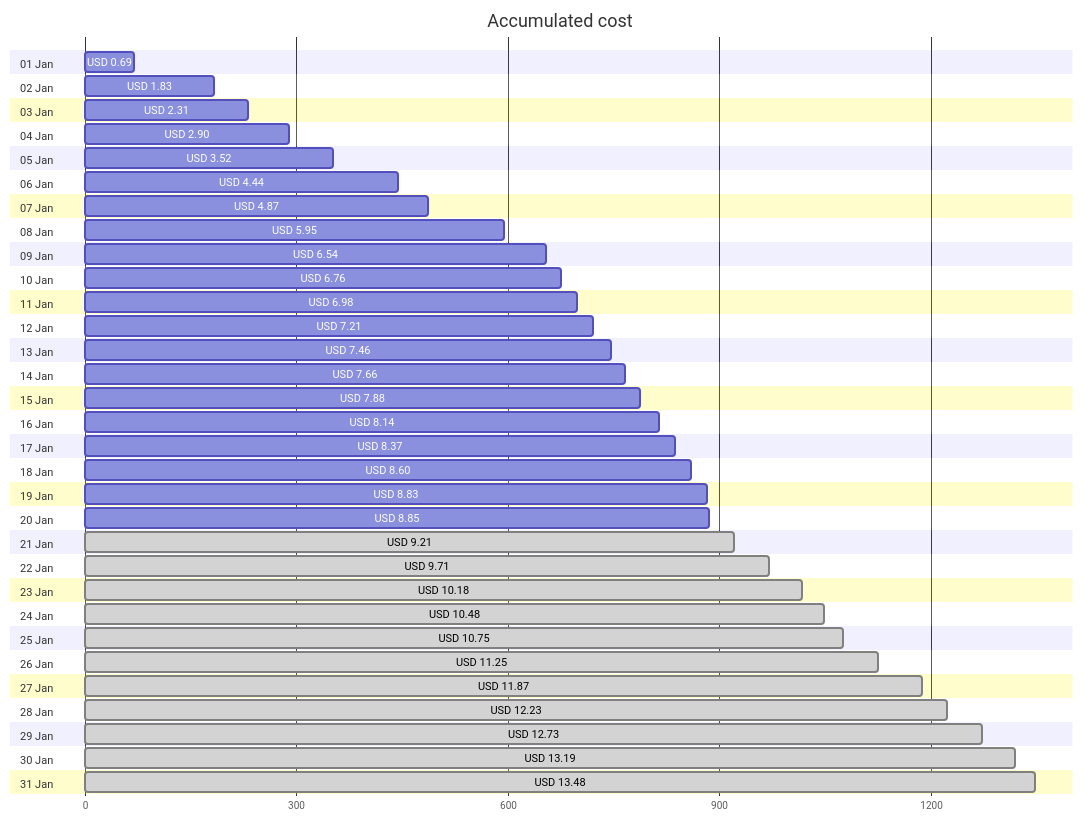
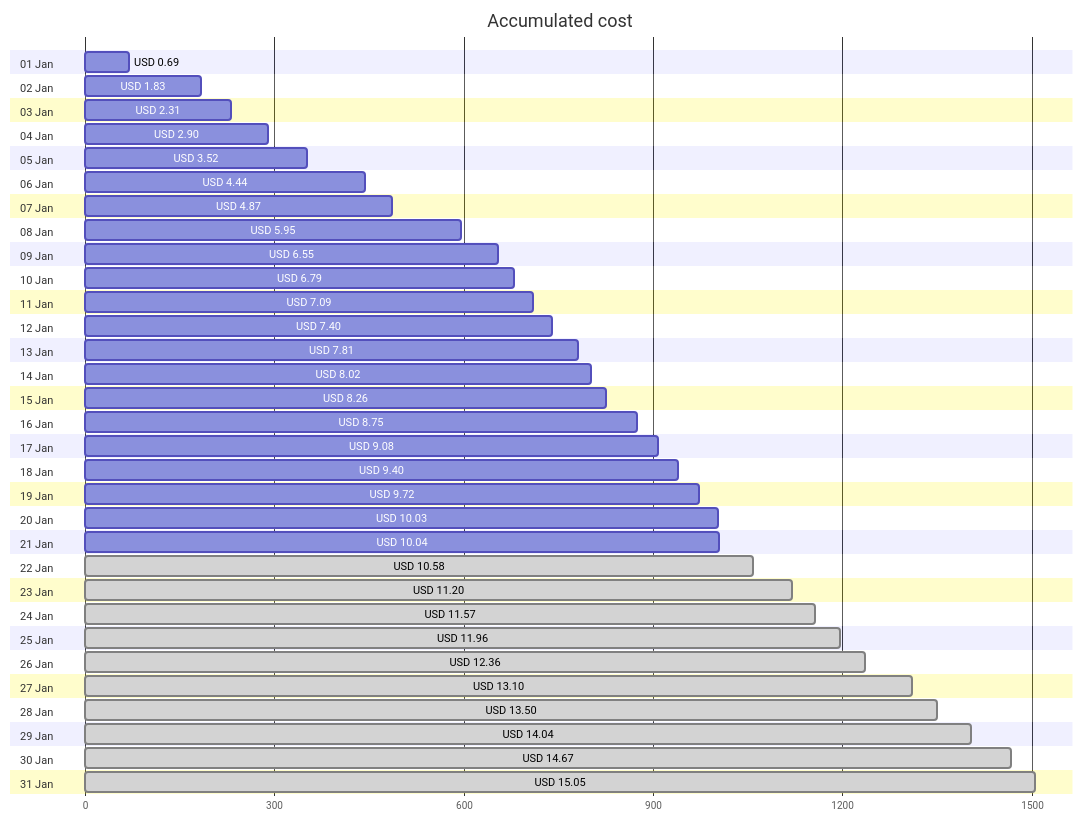
Before and after one commit to jpfulton/azure-personal-reports: the first of 4 diagrams in cost-reports/personal-network/vpn-server.md, drawn with Mermaid. The commit also changed other lines of this file and 8 other files, not shown here.

````diff
--- a/cost-reports/personal-network/vpn-server.md
+++ b/cost-reports/personal-network/vpn-server.md
@@ -20,68 +20,68 @@
 ```mermaid
 gantt
    title Accumulated cost
    dateFormat  X
    axisFormat %s
    section 01 Jan
    USD 0.69 :0, 69
    section 02 Jan
    USD 1.83 :0, 183
    section 03 Jan
    USD 2.31 :0, 231
    section 04 Jan
    USD 2.90 :0, 290
    section 05 Jan
    USD 3.52 :0, 352
    section 06 Jan
    USD 4.44 :0, 444
    section 07 Jan
    USD 4.87 :0, 487
    section 08 Jan
    USD 5.95 :0, 595
    section 09 Jan
-   USD 6.54 :0, 654
+   USD 6.55 :0, 655
    section 10 Jan
-   USD 6.76 :0, 676
+   USD 6.79 :0, 679
    section 11 Jan
-   USD 6.98 :0, 698
+   USD 7.09 :0, 709
    section 12 Jan
-   USD 7.21 :0, 721
+   USD 7.40 :0, 740
    section 13 Jan
-   USD 7.46 :0, 746
+   USD 7.81 :0, 781
    section 14 Jan
-   USD 7.66 :0, 766
+   USD 8.02 :0, 802
    section 15 Jan
-   USD 7.88 :0, 788
+   USD 8.26 :0, 826
    section 16 Jan
-   USD 8.14 :0, 814
+   USD 8.75 :0, 875
    section 17 Jan
-   USD 8.37 :0, 837
+   USD 9.08 :0, 908
    section 18 Jan
-   USD 8.60 :0, 860
+   USD 9.40 :0, 940
    section 19 Jan
-   USD 8.83 :0, 883
+   USD 9.72 :0, 972
    section 20 Jan
-   USD 8.85 :0, 885
+   USD 10.03 :0, 1003
    section 21 Jan
-   USD 9.21 : done, 0, 921
+   USD 10.04 :0, 1004
    section 22 Jan
-   USD 9.71 : done, 0, 971
+   USD 10.58 : done, 0, 1058
    section 23 Jan
-   USD 10.18 : done, 0, 1018
+   USD 11.20 : done, 0, 1120
    section 24 Jan
-   USD 10.48 : done, 0, 1048
+   USD 11.57 : done, 0, 1157
    section 25 Jan
-   USD 10.75 : done, 0, 1075
+   USD 11.96 : done, 0, 1196
    section 26 Jan
-   USD 11.25 : done, 0, 1125
+   USD 12.36 : done, 0, 1236
    section 27 Jan
-   USD 11.87 : done, 0, 1187
+   USD 13.10 : done, 0, 1310
    section 28 Jan
-   USD 12.23 : done, 0, 1223
+   USD 13.50 : done, 0, 1350
    section 29 Jan
-   USD 12.73 : done, 0, 1273
+   USD 14.04 : done, 0, 1404
    section 30 Jan
-   USD 13.19 : done, 0, 1319
+   USD 14.67 : done, 0, 1467
    section 31 Jan
-   USD 13.48 : done, 0, 1348
+   USD 15.05 : done, 0, 1505
 ```
````
